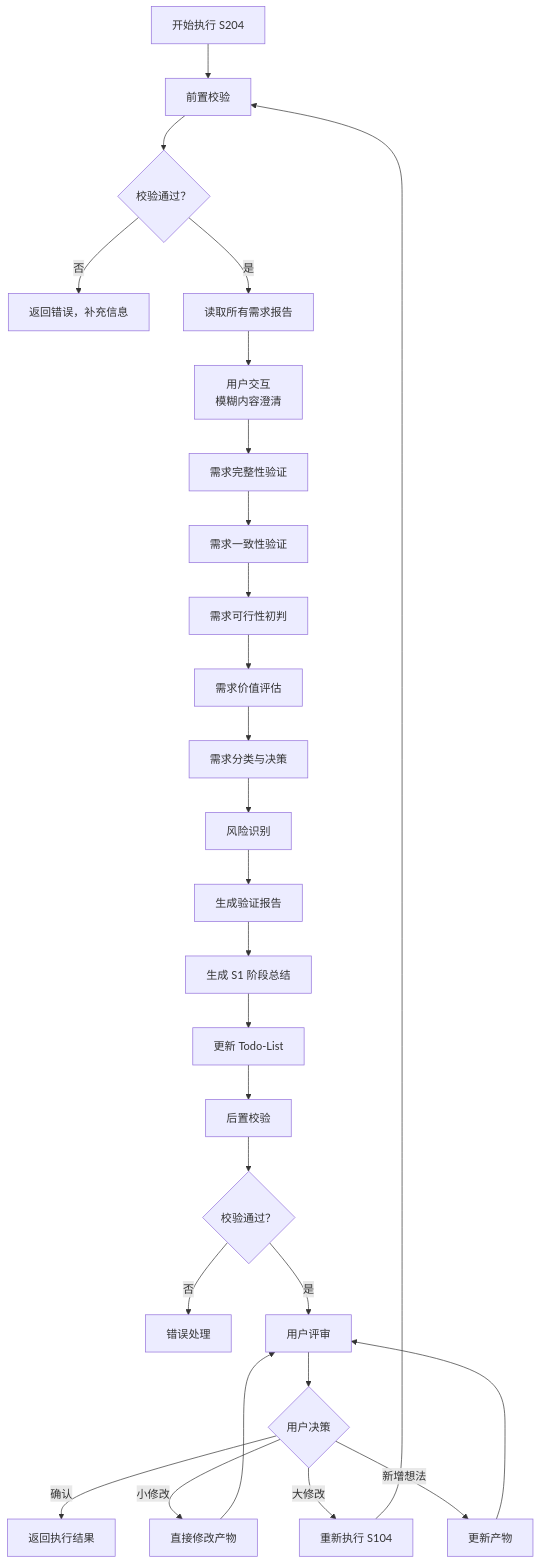
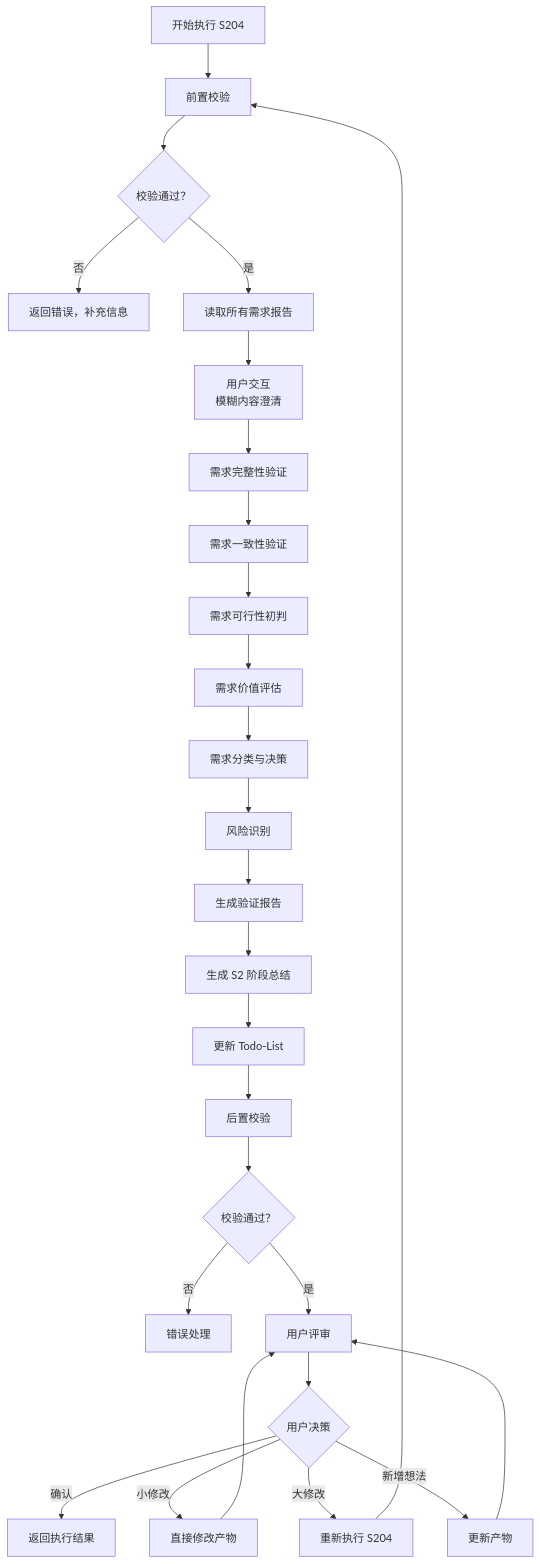
One commit to HeartFlying/swf changed the first of 2 diagrams in skills/s2-validation/SKILL.md. Above: the diagram before and after it, drawn with Mermaid. The commit also changed other lines of this file and 26 other files, not shown here.

````diff
--- a/skills/s2-validation/SKILL.md
+++ b/skills/s2-validation/SKILL.md
@@ -128,29 +142,29 @@
 ```mermaid
 flowchart TD
     Start[开始执行 S204] --> PreCheck[前置校验]
     PreCheck --> CheckResult{校验通过？}
     CheckResult -->|否 | Error[返回错误，补充信息]
     CheckResult -->|是 | Read[读取所有需求报告]
     Read --> Interact[用户交互<br/>模糊内容澄清]
     Interact --> Completeness[需求完整性验证]
     Completeness --> Consistency[需求一致性验证]
     Consistency --> Feasibility[需求可行性初判]
     Feasibility --> Value[需求价值评估]
     Value --> Decision[需求分类与决策]
     Decision --> Risk[风险识别]
     Risk --> GenReport[生成验证报告]
-    GenReport --> GenSummary[生成 S1 阶段总结]
+    GenReport --> GenSummary[生成 S2 阶段总结]
     GenSummary --> UpdateTodo[更新 Todo-List]
     UpdateTodo --> PostCheck[后置校验]
     PostCheck --> PostCheckResult{校验通过？}
     PostCheckResult -->|否 | HandleError[错误处理]
     PostCheckResult -->|是 | Review[用户评审]
     Review --> ReviewResult{用户决策}
     ReviewResult -->|确认 | Return[返回执行结果]
     ReviewResult -->|小修改 | Modify[直接修改产物]
-    ReviewResult -->|大修改 | ReExecute[重新执行 S104]
+    ReviewResult -->|大修改 | ReExecute[重新执行 S204]
     ReviewResult -->|新增想法 | Update[更新产物]
     Modify --> Review
     Update --> Review
     ReExecute --> PreCheck
 ```
````
